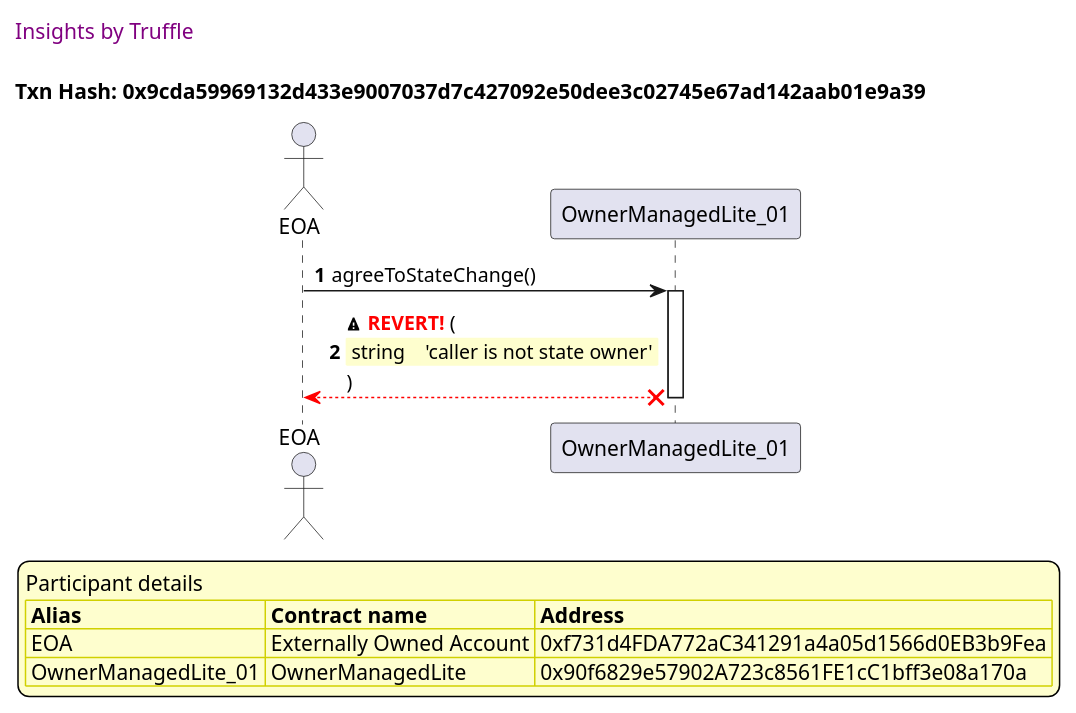
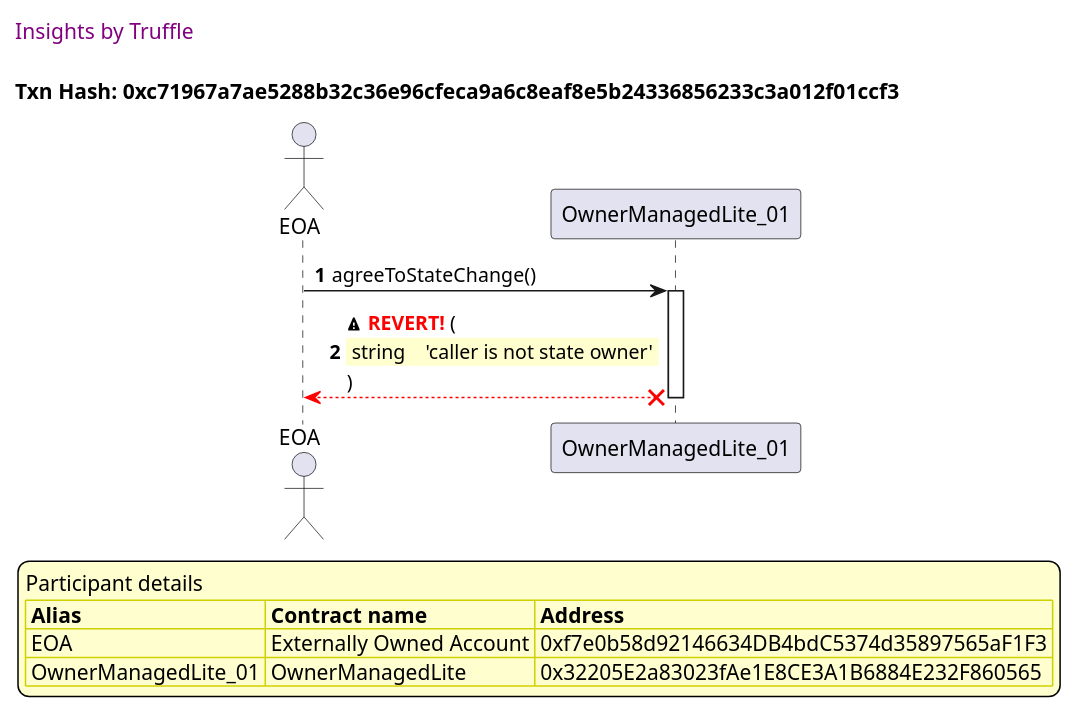
Before and after one commit to thedarkjester/ConsensysAssignment: the sixth of 15 diagrams in truffle-seq/OwnerManagedLite_test_agree_to_state_change.md, drawn with PlantUML. The commit also changed other lines of this file and 13 other files, not shown here.

````diff
--- a/truffle-seq/OwnerManagedLite_test_agree_to_state_change.md
+++ b/truffle-seq/OwnerManagedLite_test_agree_to_state_change.md
@@ -244,40 +244,40 @@
 ```plantuml
 
 
 @startuml
 
 autonumber
 skinparam legendBackgroundColor #FEFECE
 
 <style>
       header {
         HorizontalAlignment left
         FontColor purple
         FontSize 14
         Padding 10
       }
     </style>
 
 header Insights by Truffle
 
-title Txn Hash: 0x9cda59969132d433e9007037d7c427092e50dee3c02745e67ad142aab01e9a39
+title Txn Hash: 0xc71967a7ae5288b32c36e96cfeca9a6c8eaf8e5b24336856233c3a012f01ccf3
 
 
 actor EOA as "EOA"
 participant OwnerManagedLite_01 as "OwnerManagedLite_01"
 
 "EOA" -> "OwnerManagedLite_01" ++: agreeToStateChange()
 "OwnerManagedLite_01" x-[#red]-> "EOA" --: <&warning> <color #red>**REVERT!**</color> (\n\
 <#FEFECE,#FEFECE>| string |  | 'caller is not state owner' |\n\
 )
 deactivate "OwnerManagedLite_01"
 
 legend
 Participant details
 <#FEFECE,#D0D000>|= Alias |= Contract name |= Address |
-<#FEFECE>| EOA | Externally Owned Account | 0xf731d4FDA772aC341291a4a05d1566d0EB3b9Fea |
-<#FEFECE>| OwnerManagedLite_01 | OwnerManagedLite | 0x90f6829e57902A723c8561FE1cC1bff3e08a170a |
+<#FEFECE>| EOA | Externally Owned Account | 0xf7e0b58d92146634DB4bdC5374d35897565aF1F3 |
+<#FEFECE>| OwnerManagedLite_01 | OwnerManagedLite | 0x32205E2a83023fAe1E8CE3A1B6884E232F860565 |
 endlegend
 
 @enduml
 ```
````
